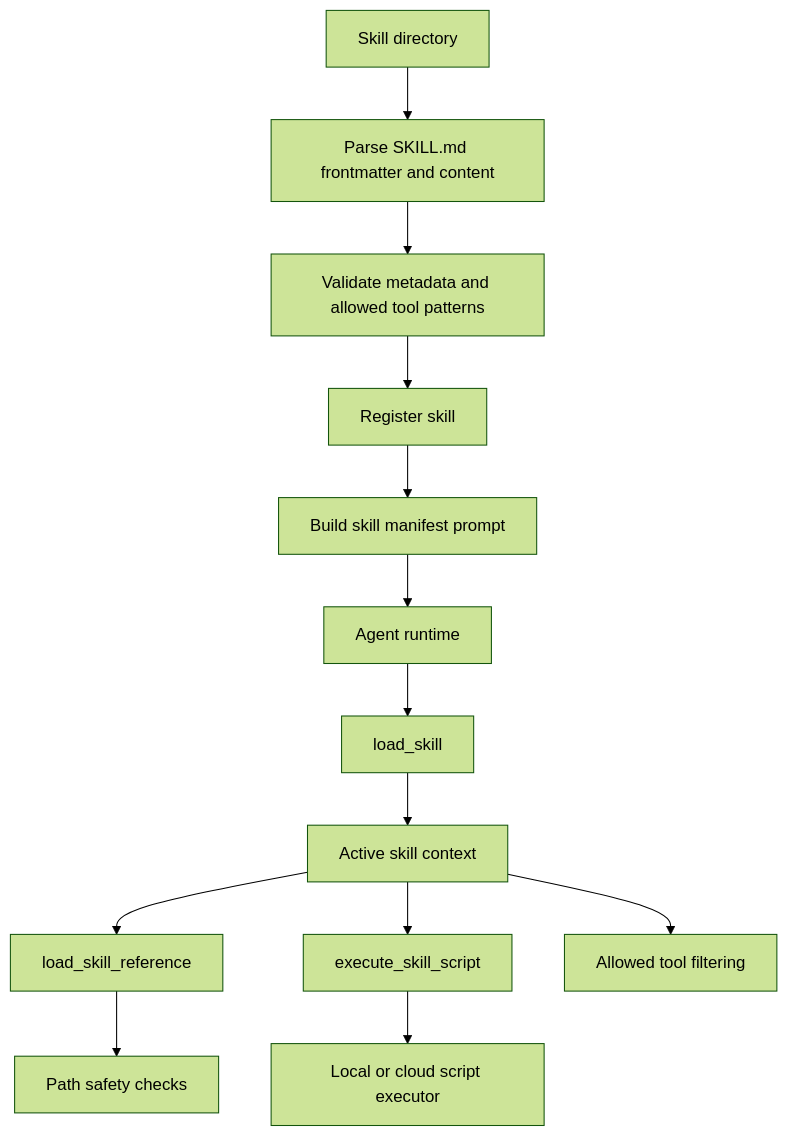
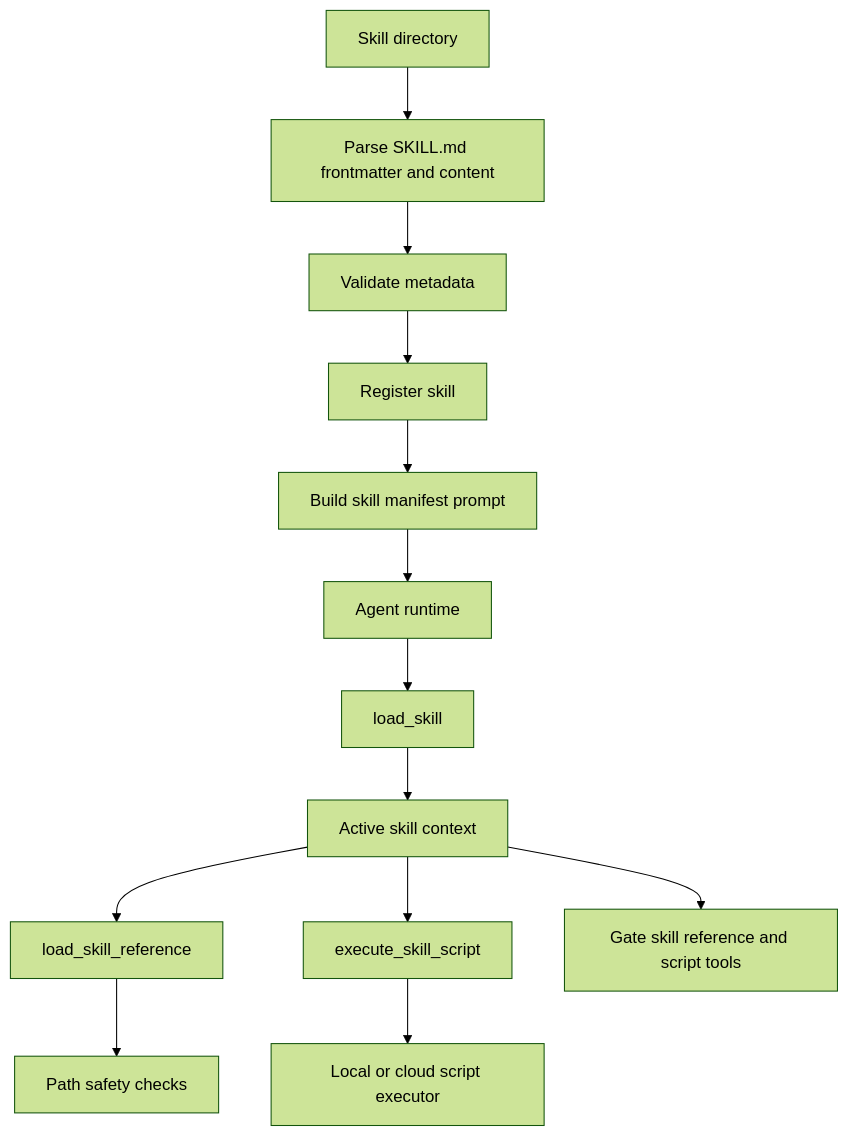
One commit to veryfront/veryfront-code changed the third of 3 diagrams in docs/architecture/05-agent-runtime.md. Above: the diagram before and after it, drawn with Mermaid (forest theme). The commit also changed other lines of this file and 11 other files, not shown here.

First line of the commit message:
fix(skill): address review findings on allowed-tools removal

````diff
--- a/docs/architecture/05-agent-runtime.md
+++ b/docs/architecture/05-agent-runtime.md
@@ -131,15 +131,15 @@
 ```mermaid
 flowchart TD
   skillDir[Skill directory] --> parse[Parse SKILL.md frontmatter and content]
-  parse --> validate[Validate metadata and allowed tool patterns]
+  parse --> validate[Validate metadata]
   validate --> registry[Register skill]
   registry --> manifest[Build skill manifest prompt]
   manifest --> agent[Agent runtime]
   agent --> load[load_skill]
   load --> active[Active skill context]
   active --> reference[load_skill_reference]
   active --> script[execute_skill_script]
-  active --> filter[Allowed tool filtering]
+  active --> gate[Gate skill reference and script tools]
   reference --> safety[Path safety checks]
   script --> executor[Local or cloud script executor]
 ```
````
